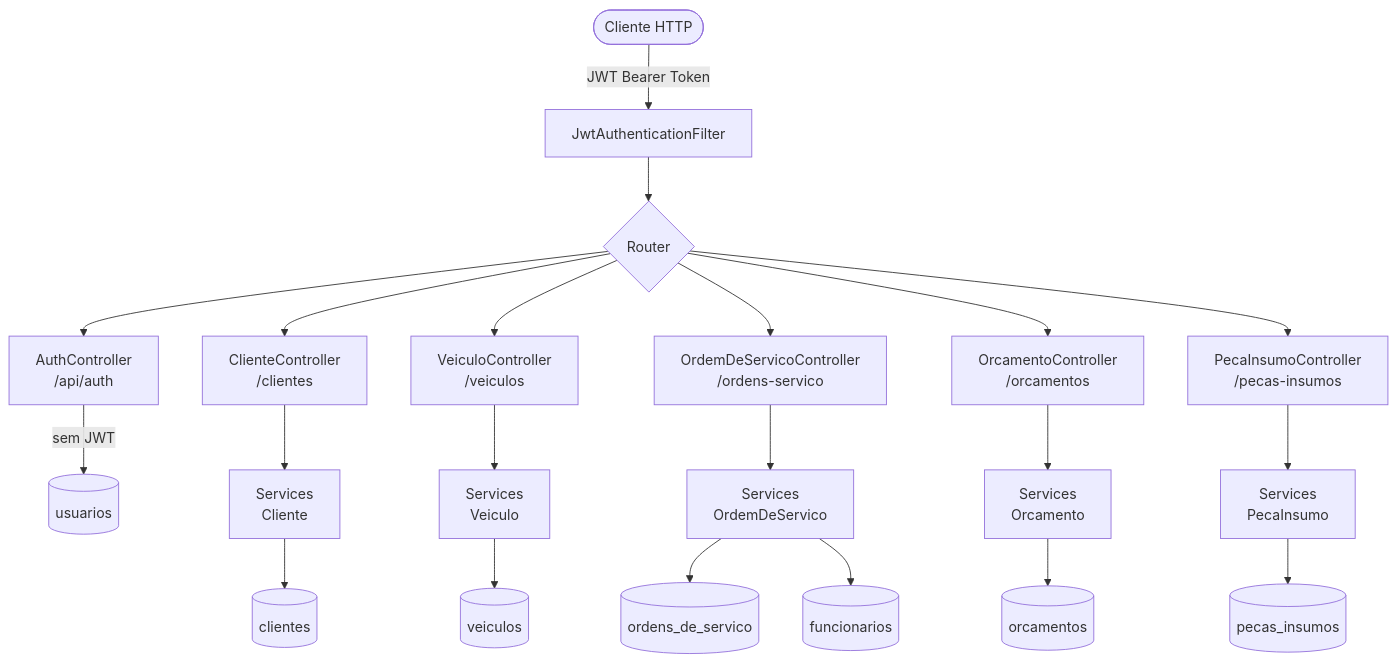
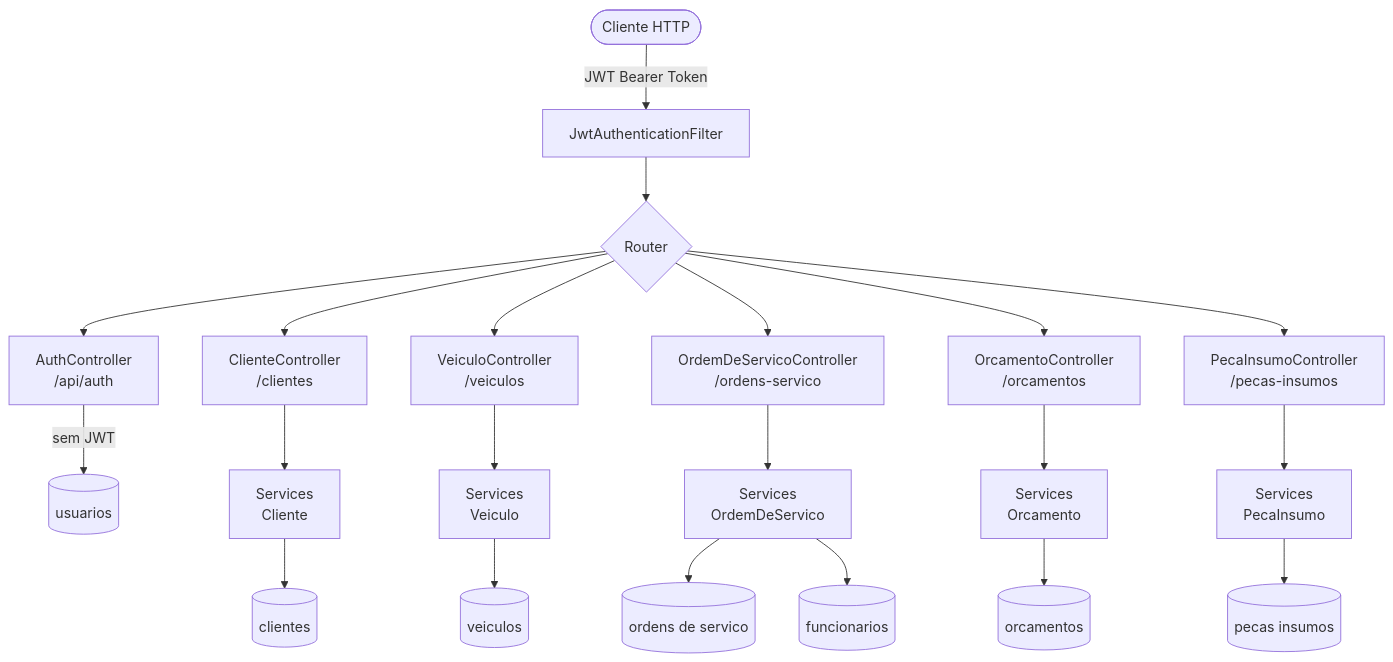
The first of 7 diagrams in docs/fluxograma.md (soat13-oficina/oficina-app), drawn with Mermaid before and after one commit. The commit also changed other lines of this file and 1 other file, not shown here.

Commit message:
docs: corrige sintaxe Mermaid nos fluxogramas

````diff
--- a/docs/fluxograma.md
+++ b/docs/fluxograma.md
@@ -5,26 +5,26 @@
 ```mermaid
 flowchart TD
     CLIENT([Cliente HTTP]) -->|JWT Bearer Token| SEC[JwtAuthenticationFilter]
     SEC --> ROUTER{Router}
 
-    ROUTER --> AUTH[AuthController\n/api/auth]
-    ROUTER --> CLI[ClienteController\n/clientes]
-    ROUTER --> VEI[VeiculoController\n/veiculos]
-    ROUTER --> OS[OrdemDeServicoController\n/ordens-servico]
-    ROUTER --> ORC[OrcamentoController\n/orcamentos]
-    ROUTER --> PEC[PecaInsumoController\n/pecas-insumos]
+    ROUTER --> AUTH["AuthController\n/api/auth"]
+    ROUTER --> CLI["ClienteController\n/clientes"]
+    ROUTER --> VEI["VeiculoController\n/veiculos"]
+    ROUTER --> OS["OrdemDeServicoController\n/ordens-servico"]
+    ROUTER --> ORC["OrcamentoController\n/orcamentos"]
+    ROUTER --> PEC["PecaInsumoController\n/pecas-insumos"]
 
     AUTH -->|sem JWT| UsuarioRepo[(usuarios)]
-    CLI --> CLI_SVC[Services\nCliente]
-    VEI --> VEI_SVC[Services\nVeiculo]
-    OS --> OS_SVC[Services\nOrdemDeServico]
-    ORC --> ORC_SVC[Services\nOrcamento]
-    PEC --> PEC_SVC[Services\nPecaInsumo]
+    CLI --> CLI_SVC["Services\nCliente"]
+    VEI --> VEI_SVC["Services\nVeiculo"]
+    OS --> OS_SVC["Services\nOrdemDeServico"]
+    ORC --> ORC_SVC["Services\nOrcamento"]
+    PEC --> PEC_SVC["Services\nPecaInsumo"]
 
     CLI_SVC --> CLI_REPO[(clientes)]
     VEI_SVC --> VEI_REPO[(veiculos)]
-    OS_SVC --> OS_REPO[(ordens_de_servico)]
+    OS_SVC --> OS_REPO[(ordens de servico)]
     OS_SVC --> FUNC_REPO[(funcionarios)]
     ORC_SVC --> ORC_REPO[(orcamentos)]
-    PEC_SVC --> PEC_REPO[(pecas_insumos)]
+    PEC_SVC --> PEC_REPO[(pecas insumos)]
 ```
````
